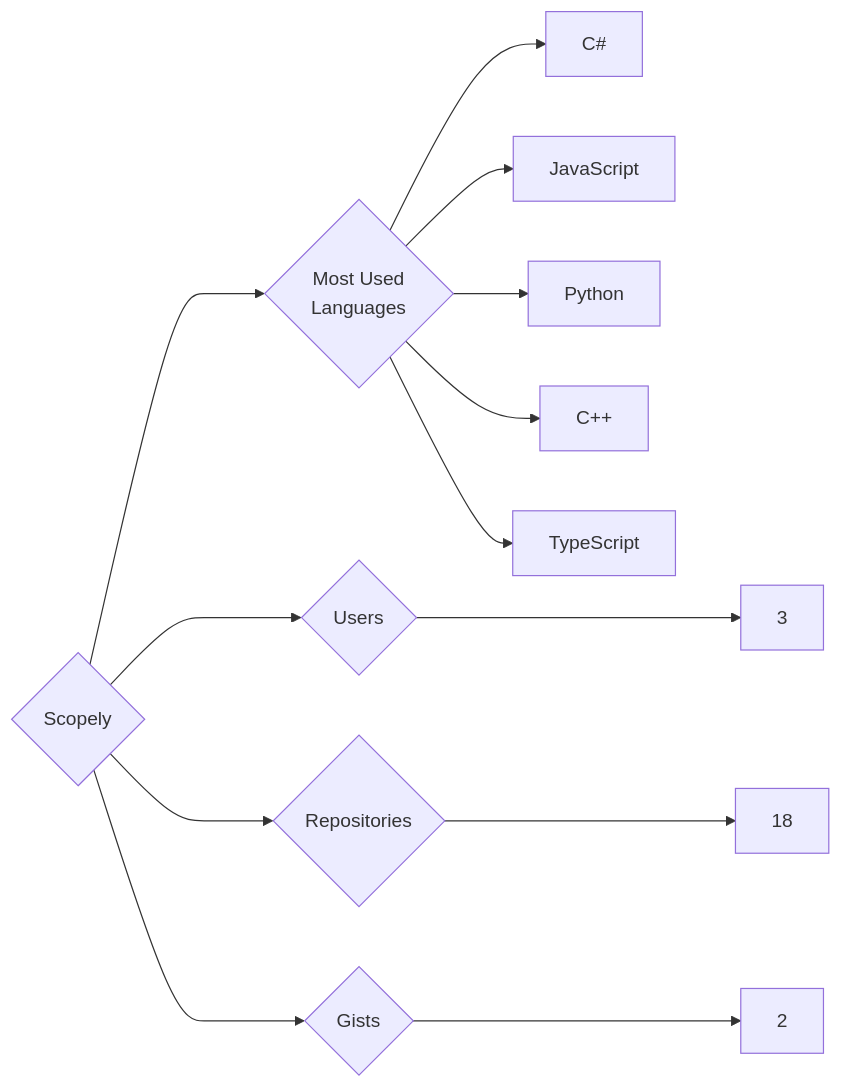
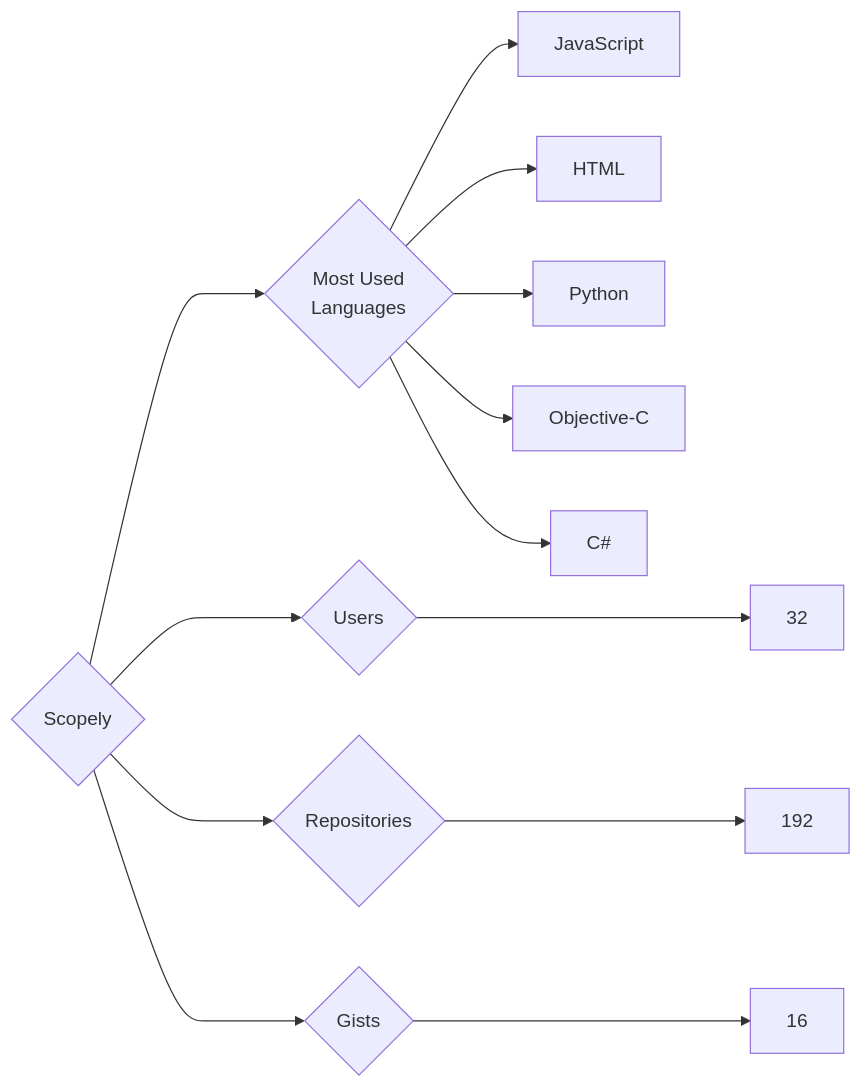
Before and after one commit to trickest/insiders: the diagram in targets/Scopely/README.md, drawn with Mermaid. The commit also changed 1011 other files, not shown here.

````diff
--- a/targets/Scopely/README.md
+++ b/targets/Scopely/README.md
@@ -3,13 +3,13 @@
 ```mermaid
 graph LR
 COMPANY_NAME{Scopely}
-COMPANY_NAME ---> U{Users} ---> UN[3]
-COMPANY_NAME ---> R{Repositories} ---> RN[18]
-COMPANY_NAME ---> G{Gists} ---> GN[2]
+COMPANY_NAME ---> U{Users} ---> UN[32]
+COMPANY_NAME ---> R{Repositories} ---> RN[192]
+COMPANY_NAME ---> G{Gists} ---> GN[16]
 COMPANY_NAME ---> ML{Most Used<br>Languages}
+ML --> JavaScript[JavaScript]
+ML --> HTML[HTML]
+ML --> Python[Python]
+ML --> Objective-C[Objective-C]
 ML --> C#[C#]
-ML --> JavaScript[JavaScript]
-ML --> Python[Python]
-ML --> C++[C++]
-ML --> TypeScript[TypeScript]
 ```
````
